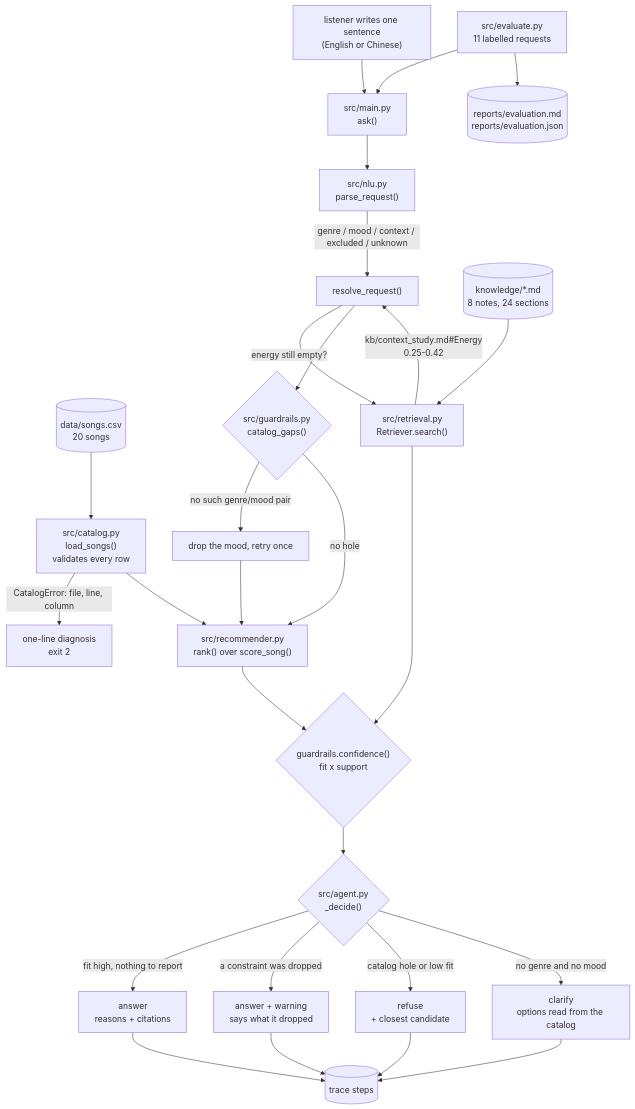
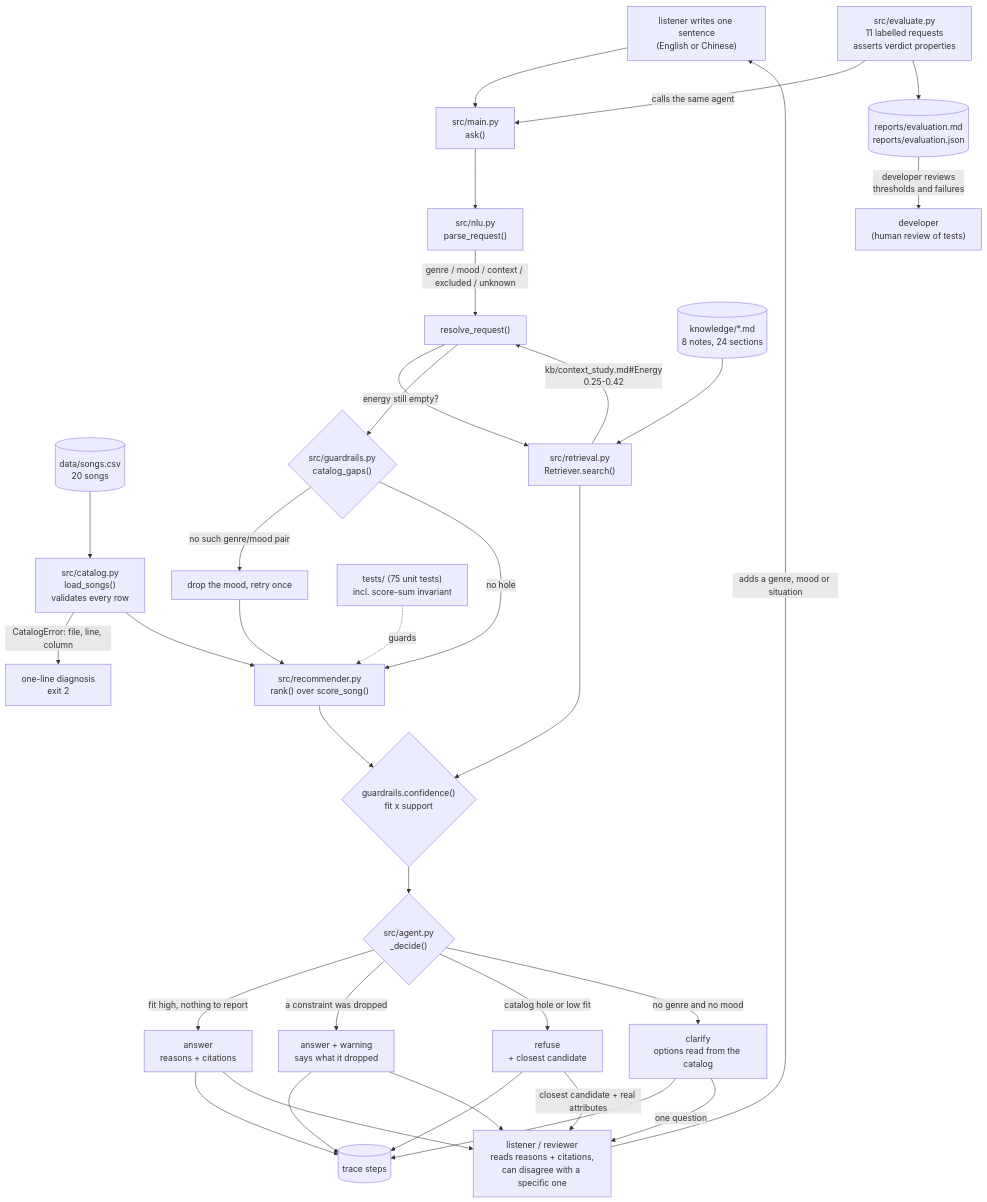
One commit to WendyZhang2024/TasteRadar---applied-ai-system-project changed the diagram in diagrams/architecture.mmd. Above: the diagram before and after it, drawn with Mermaid. The commit also changed 6 other files, not shown here.

Commit message:
docs: add execution evidence and sync the diagram

```diff
--- a/diagrams/architecture.mmd
+++ b/diagrams/architecture.mmd
@@ -1,37 +1,47 @@
 %% TasteRadar 2.0 -- how one sentence becomes an answer, a warning, a refusal
 %% or a question. Node names mirror the modules in src/.
 flowchart TD
     REQ["listener writes one sentence<br/>(English or Chinese)"] --> CLI["src/main.py<br/>ask()"]
 
     CSV[("data/songs.csv<br/>20 songs")] --> LOAD["src/catalog.py<br/>load_songs()<br/>validates every row"]
     LOAD -->|"CatalogError: file, line, column"| BAD["one-line diagnosis<br/>exit 2"]
 
     CLI --> PARSE["src/nlu.py<br/>parse_request()"]
     PARSE -->|"genre / mood / context / excluded / unknown"| RESOLVE["resolve_request()"]
 
     RESOLVE -->|"energy still empty?"| RET["src/retrieval.py<br/>Retriever.search()"]
     KB[("knowledge/*.md<br/>8 notes, 24 sections")] --> RET
     RET -->|"kb/context_study.md#Energy<br/>0.25-0.42"| RESOLVE
 
     RESOLVE --> GAPS{"src/guardrails.py<br/>catalog_gaps()"}
     GAPS -->|"no such genre/mood pair"| RELAX["drop the mood, retry once"]
     RELAX --> RANK
     GAPS -->|"no hole"| RANK["src/recommender.py<br/>rank() over score_song()"]
     LOAD --> RANK
 
     RANK --> CONF{"guardrails.confidence()<br/>fit x support"}
     RET --> CONF
     CONF --> DEC{"src/agent.py<br/>_decide()"}
 
     DEC -->|"fit high, nothing to report"| ANSWER["answer<br/>reasons + citations"]
     DEC -->|"a constraint was dropped"| CAVEAT["answer + warning<br/>says what it dropped"]
     DEC -->|"catalog hole or low fit"| REFUSE["refuse<br/>+ closest candidate"]
     DEC -->|"no genre and no mood"| ASK["clarify<br/>options read from the catalog"]
 
     ANSWER --> TRACE[("trace steps")]
     CAVEAT --> TRACE
     REFUSE --> TRACE
     ASK --> TRACE
 
-    EVAL["src/evaluate.py<br/>11 labelled requests"] --> CLI
+    %% Humans: the listener is the final check on every verdict.
+    ANSWER --> HUMAN["listener / reviewer<br/>reads reasons + citations,<br/>can disagree with a specific one"]
+    CAVEAT --> HUMAN
+    REFUSE -->|"closest candidate + real attributes"| HUMAN
+    ASK -->|"one question"| HUMAN
+    HUMAN -->|"adds a genre, mood or situation"| REQ
+
+    %% Testing: regression run over labelled requests, plus unit tests.
+    EVAL["src/evaluate.py<br/>11 labelled requests<br/>asserts verdict properties"] -->|"calls the same agent"| CLI
     EVAL --> REPORT[("reports/evaluation.md<br/>reports/evaluation.json")]
+    REPORT -->|"developer reviews<br/>thresholds and failures"| DEV["developer<br/>(human review of tests)"]
+    UNIT["tests/ (75 unit tests)<br/>incl. score-sum invariant"] -.->|"guards"| RANK
```
